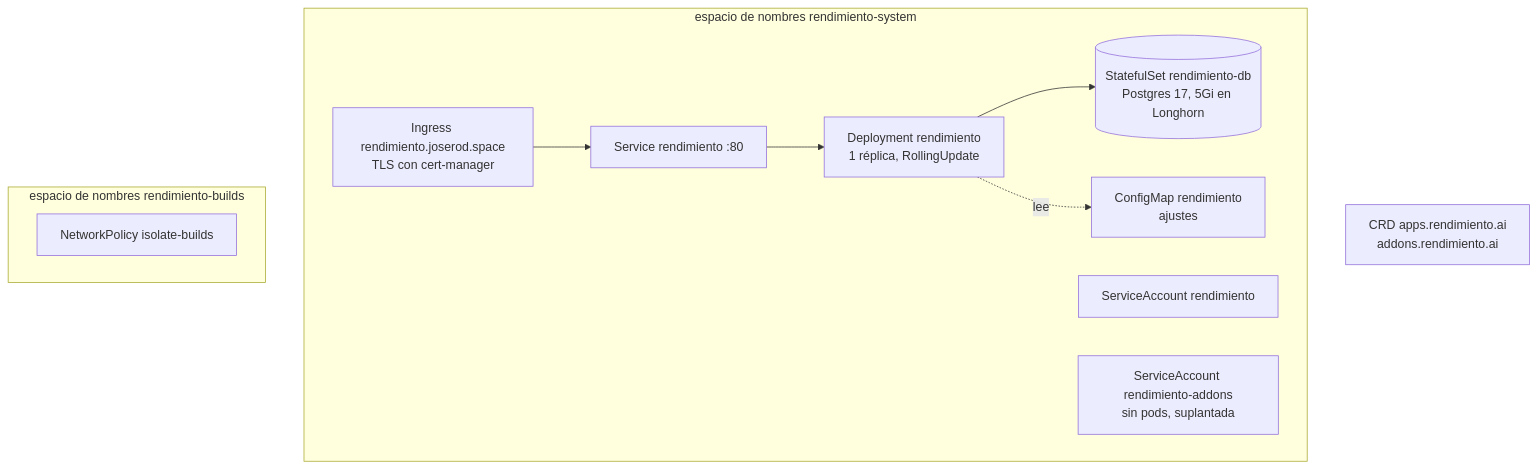
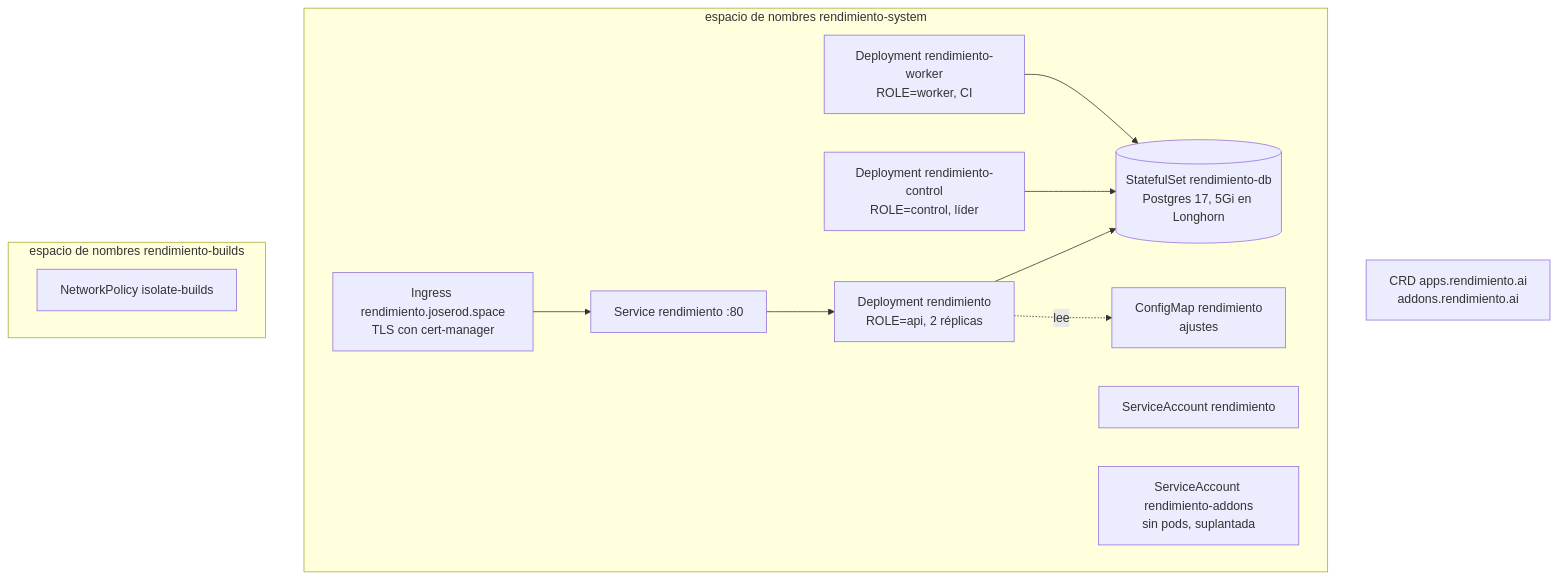
The first of 2 diagrams in docs/content/environment/deploy.es.md (p0dxD/rendimiento.ai), drawn with Mermaid before and after one commit. The commit also changed other lines of this file and 27 other files, not shown here.

First line of the commit message:
Three services from one image: ROLE api, control and worker

````diff
--- a/docs/content/environment/deploy.es.md
+++ b/docs/content/environment/deploy.es.md
@@ -37,18 +37,22 @@
 ```mermaid
 flowchart TB
     subgraph rs[espacio de nombres rendimiento-system]
-        dep[Deployment rendimiento<br/>1 réplica, RollingUpdate]
+        dep[Deployment rendimiento<br/>ROLE=api, 2 réplicas]
+        ctl[Deployment rendimiento-control<br/>ROLE=control, líder]
+        wrk[Deployment rendimiento-worker<br/>ROLE=worker, CI]
         svc[Service rendimiento :80]
         ing[Ingress rendimiento.joserod.space<br/>TLS con cert-manager]
         db[(StatefulSet rendimiento-db<br/>Postgres 17, 5Gi en Longhorn)]
         cm[ConfigMap rendimiento<br/>ajustes]
         sa[ServiceAccount rendimiento]
         sa2[ServiceAccount rendimiento-addons<br/>sin pods, suplantada]
     end
     subgraph rb[espacio de nombres rendimiento-builds]
         np[NetworkPolicy isolate-builds]
     end
     crds[CRD apps.rendimiento.ai<br/>addons.rendimiento.ai]
     ing --> svc --> dep --> db
+    ctl --> db
+    wrk --> db
     dep -. lee .-> cm
 ```
````
